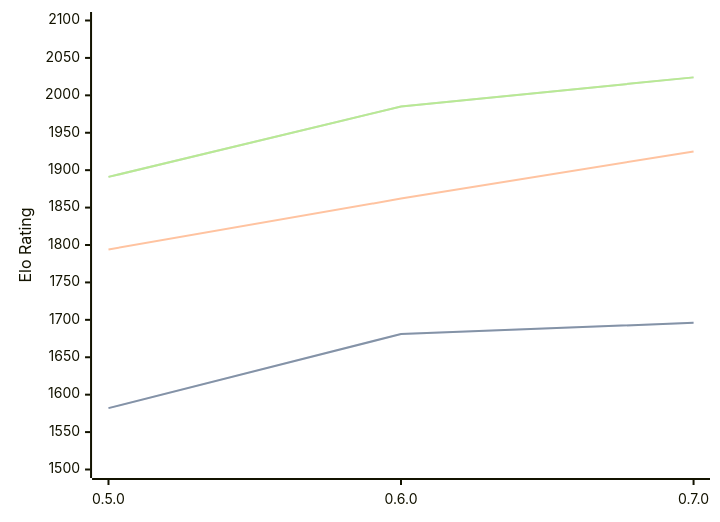
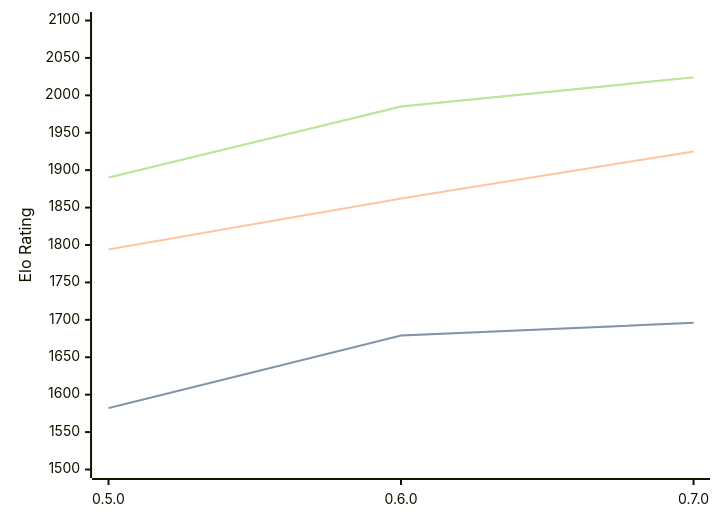
One commit to computer-chess-index/cci changed the diagram in engines/Chess-rs.md. Above: the diagram before and after it, drawn with Mermaid. The commit also changed other lines of this file, not shown here.

Commit message:
Update CCI Ratings (ELO VLTC) - 2026-09-17

````diff
--- a/engines/Chess-rs.md
+++ b/engines/Chess-rs.md
@@ -33,11 +33,11 @@
 ```mermaid
 %%{init: {"theme":"base","themeVariables":{"seriesColors:['#a3a3a3','#222221','#faa371']}}}%%
 xychart-beta
   x-axis ["0.5.0", "0.6.0", "0.7.0"]
   y-axis "Elo Rating" 1500 --> 2100
-  line "" [1582, 1681, 1696]
-  line "STC (8.0+0.08s)" [1582, 1681, 1696]
+  line "" [1582, 1679, 1696]
+  line "STC (8.0+0.08s)" [1582, 1679, 1696]
   line "LTC (60.0+0.60s)" [1794, 1862, 1925]
-  line "" [1891, 1985, 2024]
-  line "VLTC (2m24s+1.12s)" [1891, 1985, 2024]
+  line "" [1890, 1985, 2024]
+  line "VLTC (2m24s+1.12s)" [1890, 1985, 2024]
 ```
````
